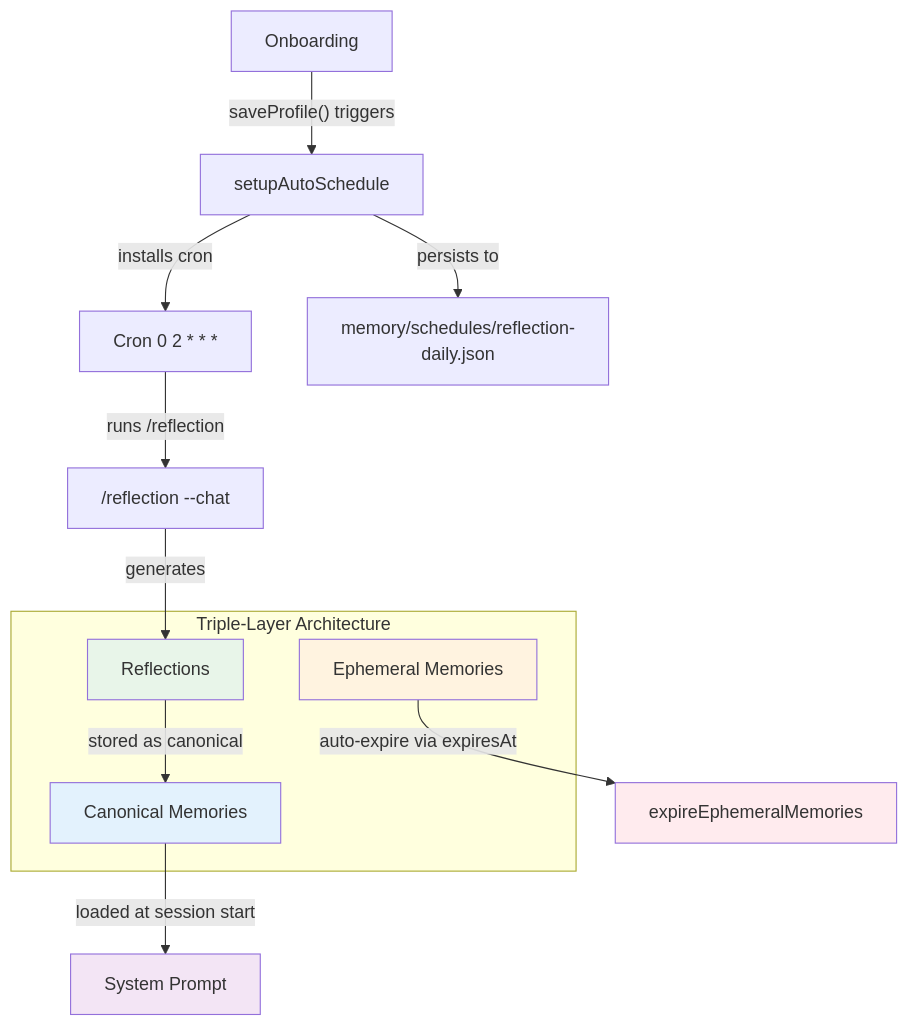
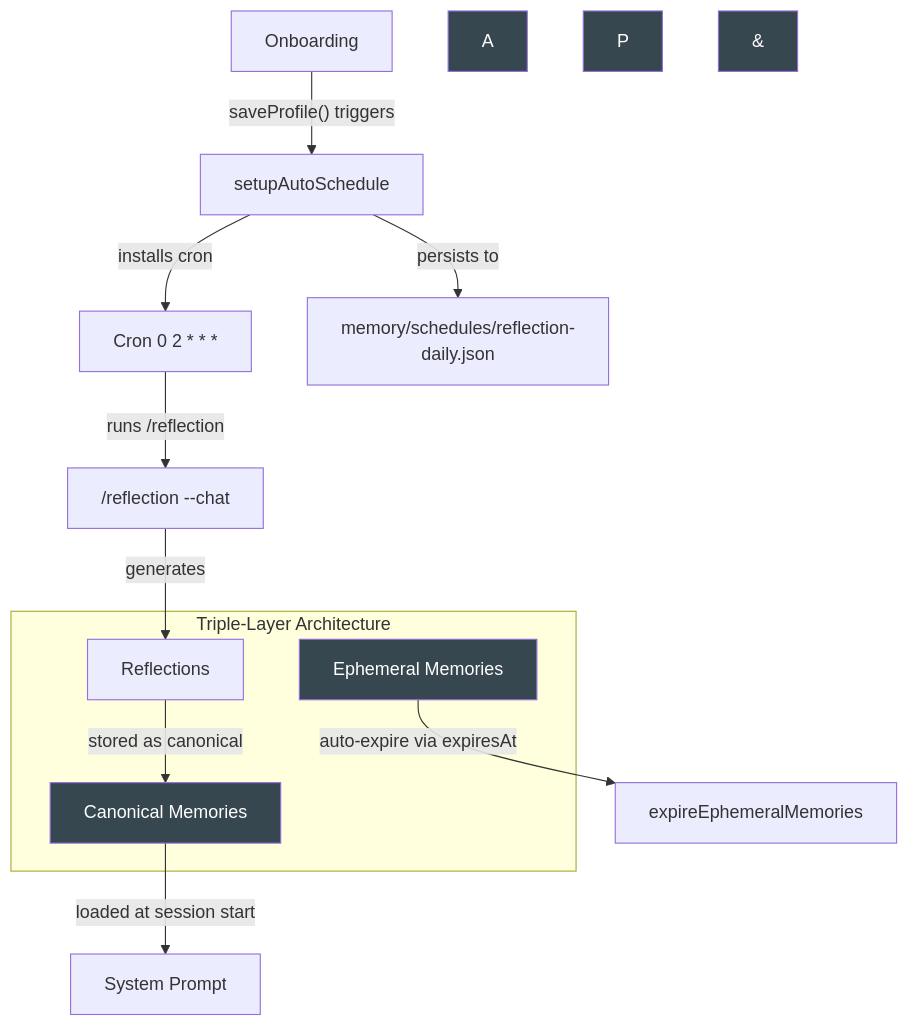
Before and after one commit to avoidwork/madz: the fourth of 5 diagrams in docs/OVERVIEW.md, drawn with Mermaid. The commit also changed other lines of this file, not shown here.

Commit message:
docs: standardize mermaid chart backgrounds to dark grey

````diff
--- a/docs/OVERVIEW.md
+++ b/docs/OVERVIEW.md
@@ -355,25 +355,25 @@
 ```mermaid
 flowchart TD
     subgraph Layers["Triple-Layer Architecture"]
         C[Canonical Memories]
         E[Ephemeral Memories]
         R[Reflections]
     end
 
     C -->|"loaded at session start"| SP[System Prompt]
     E -->|"auto-expire via expiresAt"| GC[expireEphemeralMemories]
     R -->|"stored as canonical"| C
 
     Cron["Cron 0 2 * * *"] -->|"runs /reflection"| Ref["/reflection --chat"]
     Ref -->|"generates"| R
 
     Onboard["Onboarding"] -->|"saveProfile() triggers"| Auto["setupAutoSchedule"]
     Auto -->|"installs cron"| Cron
     Auto -->|"persists to"| Sched["memory/schedules/reflection-daily.json"]
 
-    style C fill:#e3f2fd
-    style E fill:#fff3e0
-    style R fill:#e8f5e9
-    style SP fill:#f3e5f5
-    style GC fill:#ffebee
+    style A fill:#37474f,color:#fff
+    style C fill:#37474f,color:#fff
+    style P fill:#37474f,color:#fff
+    style E fill:#37474f,color:#fff
+    style & fill:#37474f,color:#fff
 ```
````
